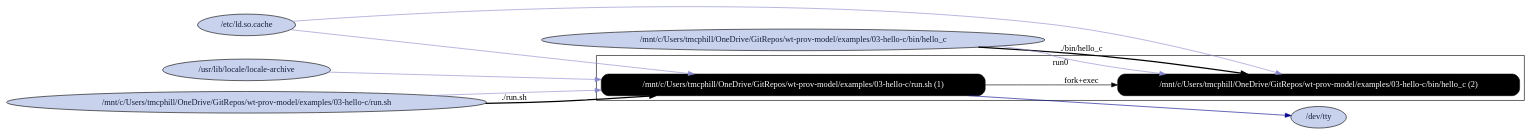
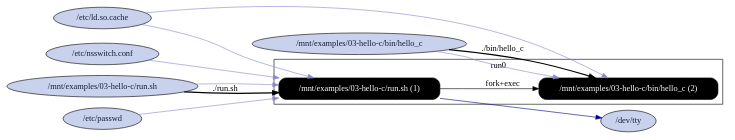
The diagram in examples/03-hello-c/graphs/rpz_C_processes_with_nonpackage_files.dot (CIRSS/cpr), drawn with Graphviz before and after one commit. The commit also changed 129 other files, not shown here.

Commit message:
Examples now all run via Docker image

```diff
--- a/examples/03-hello-c/graphs/rpz_C_processes_with_nonpackage_files.dot
+++ b/examples/03-hello-c/graphs/rpz_C_processes_with_nonpackage_files.dot
@@ -1,30 +1,32 @@
 digraph G {
     rankdir=LR;
 
     /* programs */
     node [shape=box fontcolor=white fillcolor=black style="filled,rounded"];
     subgraph cluster_run0 {
         label="run0";
-        prog0 [label="/mnt/c/Users/tmcphill/OneDrive/GitRepos/wt-prov-model/examples/03-hello-c/run.sh (1)"];
-        prog1 [label="/mnt/c/Users/tmcphill/OneDrive/GitRepos/wt-prov-model/examples/03-hello-c/bin/hello_c (2)"];
+        prog0 [label="/mnt/examples/03-hello-c/run.sh (1)"];
+        prog1 [label="/mnt/examples/03-hello-c/bin/hello_c (2)"];
         prog0 -> prog1 [label="fork+exec"];
     }
 
     node [shape=ellipse fontcolor="#131C39" fillcolor="#C9D2ED"];
 
     /* other files */
     "/dev/tty";
     "/etc/ld.so.cache";
-    "/mnt/c/Users/tmcphill/OneDrive/GitRepos/wt-prov-model/examples/03-hello-c/bin/hello_c";
-    "/mnt/c/Users/tmcphill/OneDrive/GitRepos/wt-prov-model/examples/03-hello-c/run.sh";
-    "/usr/lib/locale/locale-archive";
+    "/etc/nsswitch.conf";
+    "/etc/passwd";
+    "/mnt/examples/03-hello-c/bin/hello_c";
+    "/mnt/examples/03-hello-c/run.sh";
 
-    "/mnt/c/Users/tmcphill/OneDrive/GitRepos/wt-prov-model/examples/03-hello-c/run.sh" -> prog0 [style=bold, label="./run.sh"];
+    "/mnt/examples/03-hello-c/run.sh" -> prog0 [style=bold, label="./run.sh"];
     "/etc/ld.so.cache" -> prog0 [color="#8888CC"];
     prog0 -> "/dev/tty" [color="#000088"];
-    "/usr/lib/locale/locale-archive" -> prog0 [color="#8888CC"];
-    "/mnt/c/Users/tmcphill/OneDrive/GitRepos/wt-prov-model/examples/03-hello-c/run.sh" -> prog0 [color="#8888CC"];
-    "/mnt/c/Users/tmcphill/OneDrive/GitRepos/wt-prov-model/examples/03-hello-c/bin/hello_c" -> prog1 [style=bold, label="./bin/hello_c"];
-    "/mnt/c/Users/tmcphill/OneDrive/GitRepos/wt-prov-model/examples/03-hello-c/bin/hello_c" -> prog1 [color="#8888CC"];
+    "/etc/nsswitch.conf" -> prog0 [color="#8888CC"];
+    "/etc/passwd" -> prog0 [color="#8888CC"];
+    "/mnt/examples/03-hello-c/run.sh" -> prog0 [color="#8888CC"];
+    "/mnt/examples/03-hello-c/bin/hello_c" -> prog1 [style=bold, label="./bin/hello_c"];
+    "/mnt/examples/03-hello-c/bin/hello_c" -> prog1 [color="#8888CC"];
     "/etc/ld.so.cache" -> prog1 [color="#8888CC"];
 }
```
